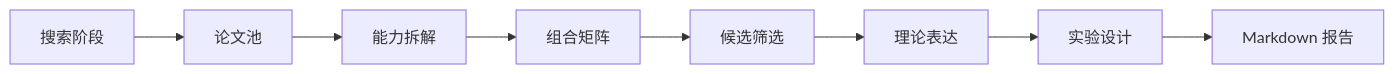
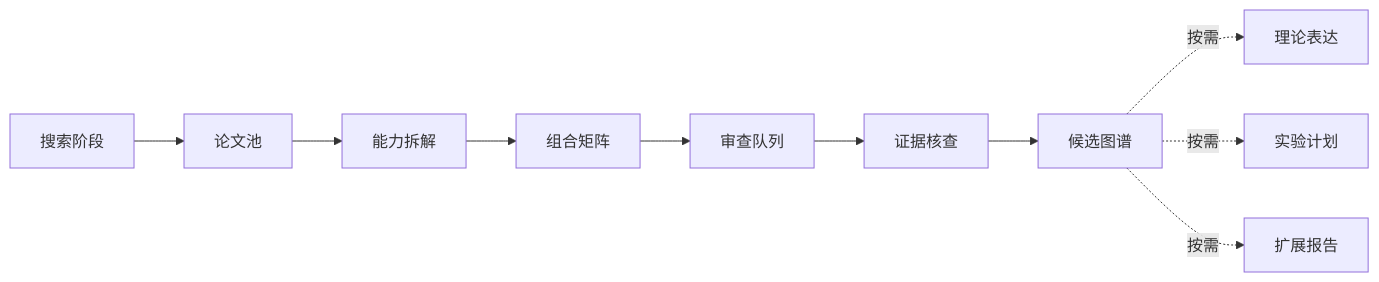
Before and after one commit to foryourhealth111-pixel/research-innovation-explorer: the diagram in README.zh-CN.md, drawn with Mermaid. The commit also changed other lines of this file and 12 other files, not shown here.

````diff
--- a/README.zh-CN.md
+++ b/README.zh-CN.md
@@ -74,10 +76,12 @@
 ```mermaid
 flowchart LR
     A[搜索阶段] --> B[论文池]
     B --> C[能力拆解]
     C --> D[组合矩阵]
-    D --> E[候选筛选]
-    E --> F[理论表达]
-    F --> G[实验设计]
-    G --> H[Markdown 报告]
+    D --> E[审查队列]
+    E --> F[证据核查]
+    F --> G[候选图谱]
+    G -. 按需 .-> H[理论表达]
+    G -. 按需 .-> I[实验计划]
+    G -. 按需 .-> J[扩展报告]
 ```
````
